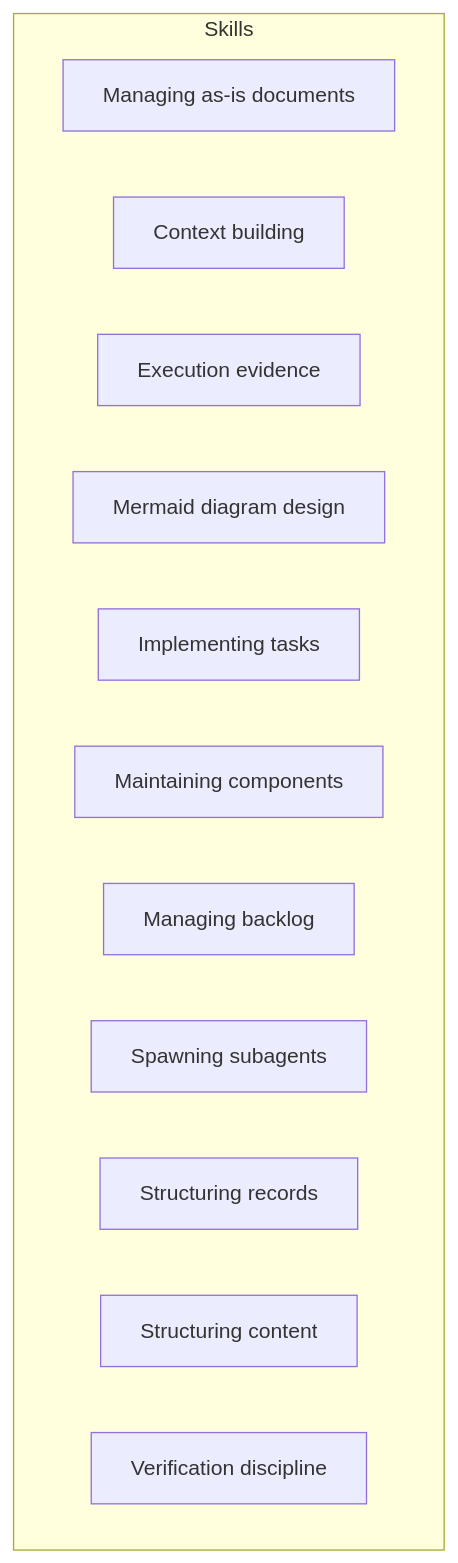
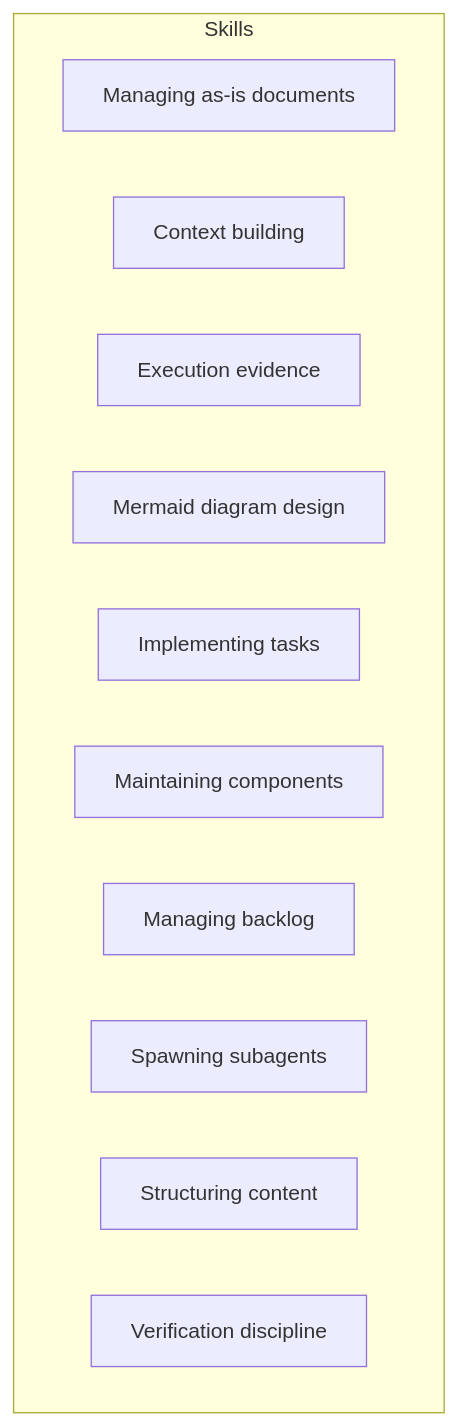
The diagram in skills/as-is.md (abstract-business-systems/as-is), drawn with Mermaid before and after one commit. The commit also changed other lines of this file and 12 other files, not shown here.

````diff
--- a/skills/as-is.md
+++ b/skills/as-is.md
@@ -29,30 +28,28 @@
 ```mermaid
 %%{init: {"securityLevel": "loose"}}%%
 flowchart TD
     subgraph Skills["Skills"]
         ManagingAsIs["Managing as-is documents"]
         ContextBuilding["Context building"]
         ExecutionEvidence["Execution evidence"]
         MermaidDesign["Mermaid diagram design"]
         ImplementingTasks["Implementing tasks"]
         MaintainingComponents["Maintaining components"]
         ManagingBacklog["Managing backlog"]
         SpawningSubagents["Spawning subagents"]
-        StructuringRecords["Structuring records"]
-        StructuringContent["Structuring content"]
+            StructuringContent["Structuring content"]
         Verification["Verification discipline"]
     end
 
     click Skills href "./as-is.md#design" "Open Skills design"
     click ManagingAsIs href "./managing-as-is-document/as-is.md#design" "Open managing as-is documents design"
     click ContextBuilding href "./context-building/as-is.md#design" "Open context building design"
     click ExecutionEvidence href "./exploring-execution-evidence/as-is.md#design" "Open execution evidence design"
     click MermaidDesign href "./mermaid-diagram-design/as-is.md#design" "Open Mermaid diagram design"
     click ImplementingTasks href "./implementing-component-tasks/as-is.md#design" "Open implementing tasks design"
     click MaintainingComponents href "./maintaining-components/as-is.md#design" "Open maintaining components design"
     click ManagingBacklog href "./managing-backlog/as-is.md#design" "Open managing backlog design"
     click SpawningSubagents href "./spawning-pi-subagents/as-is.md#design" "Open spawning subagents design"
-    click StructuringRecords href "./structuring-as-is-records/as-is.md#design" "Open structuring records design"
     click StructuringContent href "./structuring-content/as-is.md#design" "Open structuring content design"
     click Verification href "./verification-discipline/as-is.md#design" "Open verification discipline design"
 ```
````
